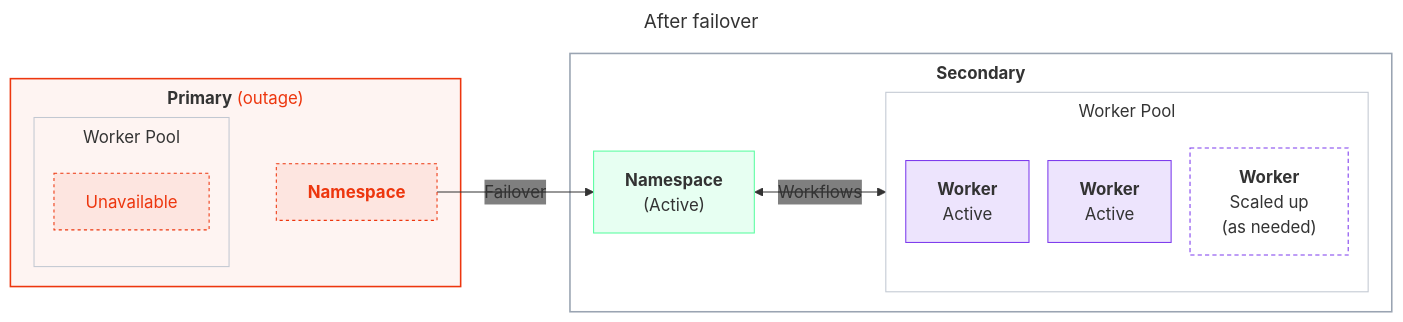
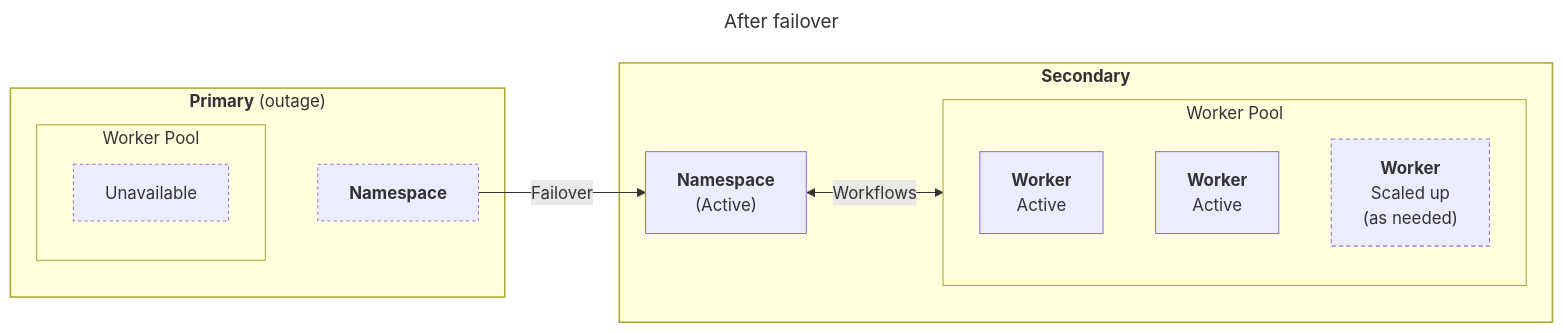
One commit to temporalio/documentation changed diagram 14 of 15 in docs/cloud/high-availability/architecture-patterns.mdx. Above: the diagram before and after it, drawn with Mermaid. The commit also changed other lines of this file and 15 other files, not shown here.

First line of the commit message:
Refactor Mermaid diagrams for improved clarity and consistency across documentation

````diff
--- a/docs/cloud/high-availability/architecture-patterns.mdx
+++ b/docs/cloud/high-availability/architecture-patterns.mdx
@@ -559,34 +536,33 @@
 ```mermaid
 ---
 title: After failover
 ---
-%%{init: {'themeVariables':{'fontFamily':'Inter, ui-sans-serif, system-ui, sans-serif','edgeLabelBackground':'transparent'},'flowchart':{'nodeSpacing':18,'rankSpacing':45,'curve':'basis','subGraphTitleMargin':{'top':6,'bottom':12}}}}%%
 flowchart LR
-    classDef worker fill:#7C3AED22,stroke:#7C3AED,stroke-width:1px;
-    classDef workerhollow fill:transparent,stroke:#7C3AED,stroke-width:1px,stroke-dasharray:4 3;
-    classDef ns fill:#59FDA024,stroke:#59FDA0,stroke-width:1px;
-    classDef down fill:#ED360E14,stroke:#ED360E,stroke-width:1px,stroke-dasharray:3 3,color:#ED360E;
-    classDef region fill:transparent,stroke:#9aa4b2,stroke-width:1.5px;
-    classDef regiondown fill:#ED360E0D,stroke:#ED360E,stroke-width:1.5px;
-    classDef pool fill:transparent,stroke:#c2c8d2,stroke-width:1px;
-    subgraph AFPRIM["<b>Primary</b> <span style='color:#ED360E'>(outage)</span>"]
+    classDef worker stroke-width:1px;
+    classDef workerhollow stroke-width:1px,stroke-dasharray:4 3;
+    classDef ns stroke-width:1px;
+    classDef down stroke-width:1px,stroke-dasharray:3 3;
+    classDef region stroke-width:1.5px;
+    classDef regiondown stroke-width:1.5px;
+    classDef pool stroke-width:1px;
+    subgraph AFPRIM["<b>Primary</b> <span class='dp-outage-text'>(outage)</span>"]
       subgraph AFPP["Worker Pool"]
         AFPW1["Unavailable"]:::down
       end
       AFPN["<b>Namespace</b>"]:::down
       AFPP ~~~ AFPN
     end
     subgraph AFSEC["<b>Secondary</b>"]
       AFSN["<b>Namespace</b><br>(Active)"]:::ns
       subgraph AFSP["Worker Pool"]
         AFSW1["<b>Worker</b><br/>Active"]:::worker
         AFSW2["<b>Worker</b><br/>Active"]:::worker
         AFSW3["<b>Worker</b><br/>Scaled up<br/>(as needed)"]:::workerhollow
       end
       AFSN <-->|Workflows| AFSP
     end
     AFPN -->|"Failover"| AFSN
     class AFPRIM regiondown
     class AFSEC region
     class AFPP,AFSP pool
 ```
````
